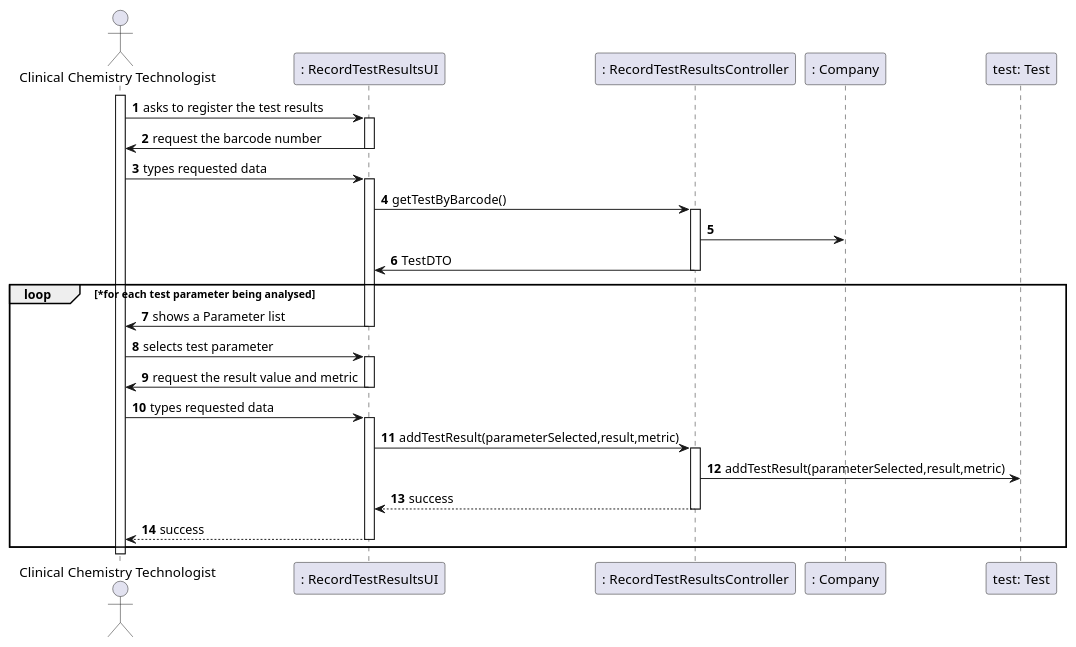
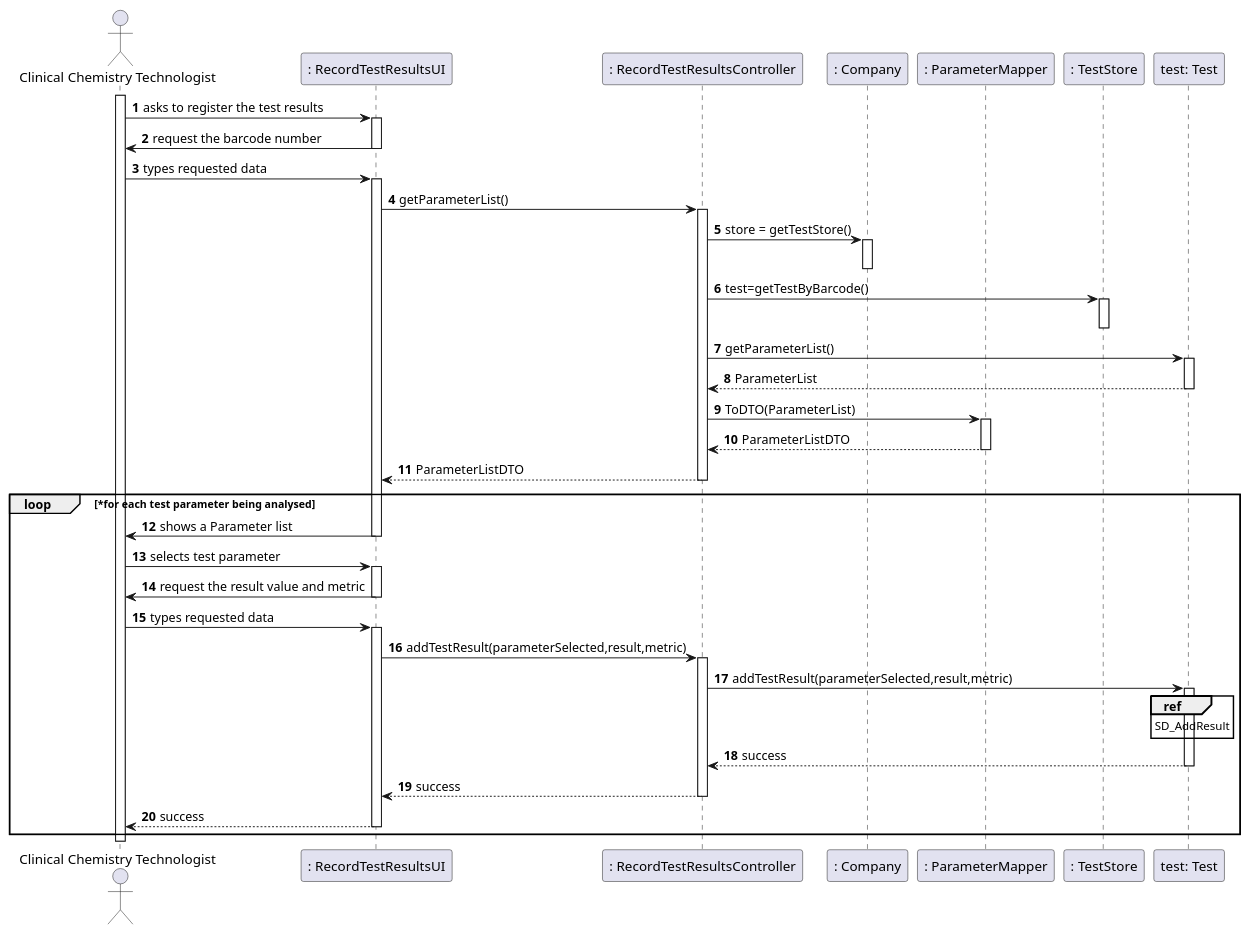
Before and after one commit to manu-07-ela/LAPR2_ISEP: the diagram in docs/SprintC/US12/US12_SD.puml, drawn with PlantUML. The commit also changed 4 other files, not shown here.

```diff
--- a/docs/SprintC/US12/US12_SD.puml
+++ b/docs/SprintC/US12/US12_SD.puml
@@ -1,50 +1,72 @@
 @startuml
 autonumber
 'hide footbox
 actor "Clinical Chemistry Technologist" as CCT
 
 participant ": RecordTestResultsUI" as UI
 participant ": RecordTestResultsController" as CTRL
 participant ": Company" as Comp
+participant ": ParameterMapper" as PMapper
+participant ": TestStore" as TStore
 participant "test: Test" as Test
 
 activate CCT
 CCT -> UI : asks to register the test results
 activate UI
 UI -> CCT : request the barcode number
 deactivate UI
 CCT -> UI : types requested data
 activate UI
-UI -> CTRL : getTestByBarcode()
+UI -> CTRL : getParameterList()
 activate CTRL
-CTRL -> Comp :
+CTRL -> Comp : store = getTestStore()
+activate Comp
+deactivate Comp
+CTRL -> TStore : test=getTestByBarcode()
+activate TStore
+deactivate TStore
+CTRL -> Test : getParameterList()
+activate Test
+Test --> CTRL : ParameterList
+deactivate Test
+CTRL -> PMapper : ToDTO(ParameterList)
+activate PMapper
+PMapper --> CTRL : ParameterListDTO
+deactivate PMapper
 
-CTRL -> UI : TestDTO
+
+CTRL --> UI : ParameterListDTO
 deactivate CTRL
 loop *for each test parameter being analysed
 UI -> CCT : shows a Parameter list
 deactivate UI
 CCT -> UI : selects test parameter
 activate UI
 UI -> CCT : request the result value and metric
 deactivate UI
 CCT -> UI : types requested data
 activate UI
 UI -> CTRL : addTestResult(parameterSelected,result,metric)
 activate CTRL
 CTRL -> Test : addTestResult(parameterSelected,result,metric)
+activate Test
+ref over Test
+SD_AddResult
+end ref
+Test --> CTRL : success
+deactivate Test
 
 CTRL --> UI : success
 deactivate CTRL
 UI --> CCT : success
 deactivate UI
 
 
 end
 
 
 
 
 
 deactivate CCT
 @enduml
```
